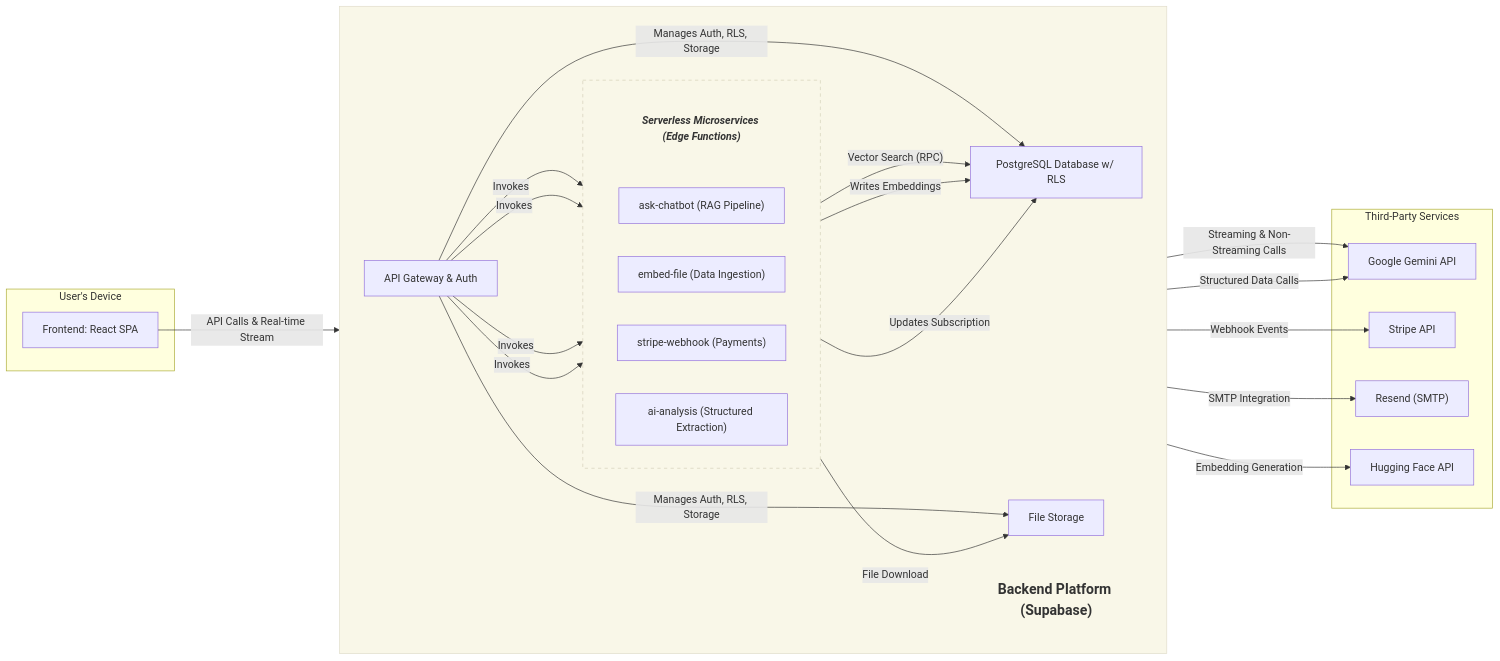
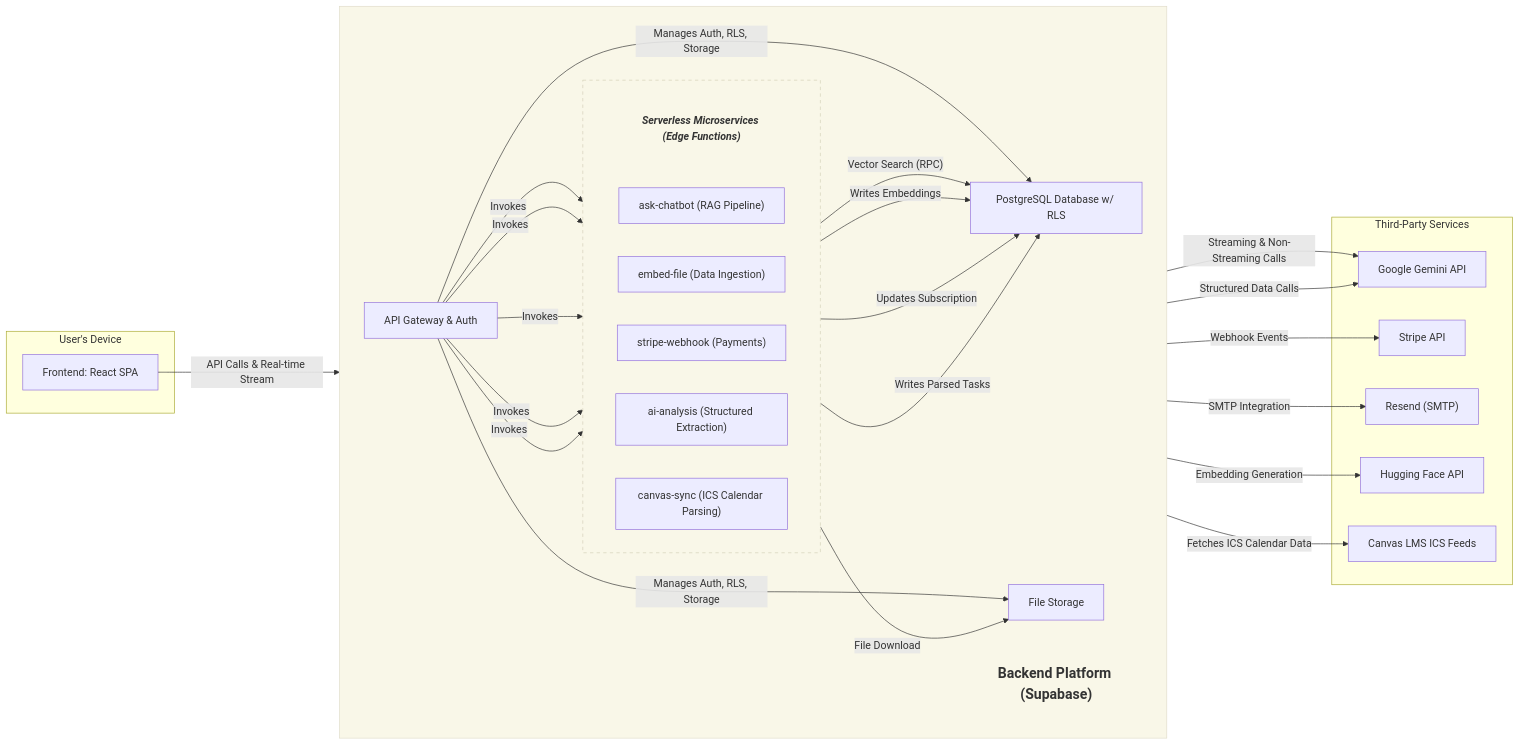
One commit to tonytrieu-dev/schedulebud-overview changed the diagram in README.md. Above: the diagram before and after it, drawn with Mermaid. The commit also changed other lines of this file, not shown here.

````diff
--- a/README.md
+++ b/README.md
@@ -37,66 +35,72 @@
 ```mermaid
 graph LR
     subgraph "User's Device"
         A[Frontend: React SPA]
     end
 
     %% Main Backend Platform Subgraph
     subgraph P1[ ]
         direction LR
         style P1 fill:#f9f7e8,stroke:#e0dcca
 
         %% Manual Title Node for Backend Platform
         P_Title["<b>Backend Platform (Supabase)</b>"]
         style P_Title fill:none,stroke:none,font-weight:bold,font-size:1.1em
 
         B[API Gateway & Auth]
         C[PostgreSQL Database w/ RLS]
         E[File Storage]
         
         %% Serverless Microservices Group
         subgraph F_Group [ ]
             direction LR
             style F_Group fill:#f9f7e8,stroke:#d3d0b8,stroke-dasharray: 5 5
 
             %% Manual Title Node for Serverless Microservices
             F_Title["<b>Serverless Microservices (Edge Functions)</b>"]
             style F_Title fill:none,stroke:none,font-weight:normal,font-style:italic,font-size:1em
 
             F1["ask-chatbot (RAG Pipeline)"]
             F2["embed-file (Data Ingestion)"]
             F3["stripe-webhook (Payments)"]
             F4["ai-analysis (Structured Extraction)"]
+            F5["canvas-sync (ICS Calendar Parsing)"]
         end
     end
 
     subgraph "Third-Party Services"
         G[Google Gemini API]
         H[Stripe API]
         I["Resend (SMTP)"]
         J[Hugging Face API]
+        K[Canvas LMS ICS Feeds]
     end
 
     %% Define connections
     A -- "API Calls & Real-time Stream" --> B
     
     B -- "Invokes" --> F1
     B -- "Invokes" --> F2
     B -- "Invokes" --> F3
     B -- "Invokes" --> F4
+    B -- "Invokes" --> F5
 
     B -- "Manages Auth, RLS, Storage" --> C
     B -- "Manages Auth, RLS, Storage" --> E
     B -- "SMTP Integration" --> I
 
     F1 -- "Vector Search (RPC)" --> C
     F1 -- "Streaming & Non-Streaming Calls" --> G
     
     F2 -- "File Download" --> E
     F2 -- "Embedding Generation" --> J
     F2 -- "Writes Embeddings" --> C
 
     F3 -- "Webhook Events" --> H
     F3 -- "Updates Subscription" --> C
 
     F4 -- "Structured Data Calls" --> G
+
+    F5 -- "Fetches ICS Calendar Data" --> K
+    F5 -- "Writes Parsed Tasks" --> C
 ```
````
